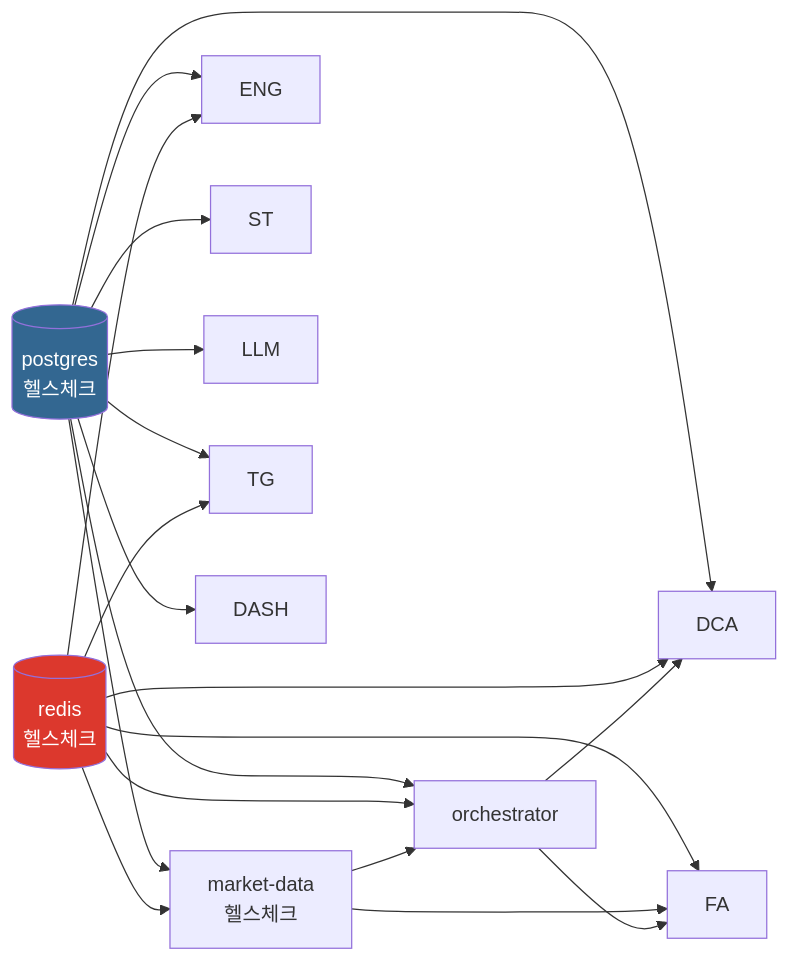
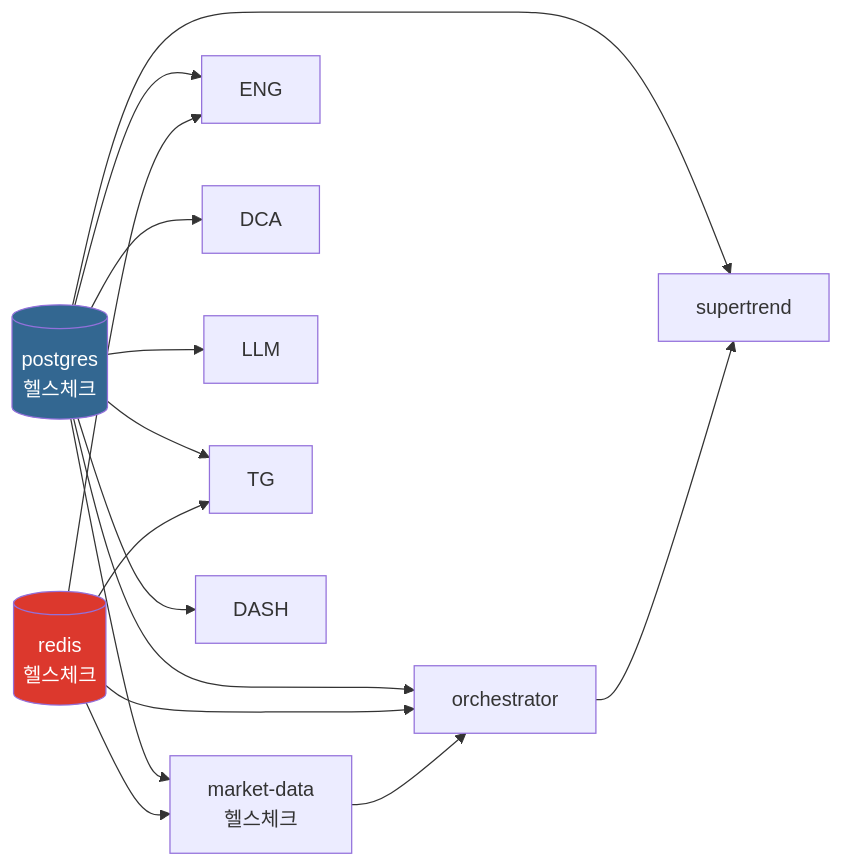
Before and after one commit to Justant-source/Bit-Mania: the second of 3 diagrams in docs/structure/services.md, drawn with Mermaid. The commit also changed other lines of this file and 34 other files, not shown here.

````diff
--- a/docs/structure/services.md
+++ b/docs/structure/services.md
@@ -272,24 +265,20 @@
 ```mermaid
 flowchart LR
     PG[(postgres\n헬스체크)] --> MD
     PG --> ORC
     PG --> ENG
     PG --> ST
     PG --> DCA
     PG --> LLM
     PG --> TG
     PG --> DASH
     RD[(redis\n헬스체크)] --> MD
     RD --> ORC
     RD --> ENG
-    RD --> FA
-    RD --> DCA
     RD --> TG
     MD[market-data\n헬스체크] --> ORC
-    MD --> FA
-    ORC[orchestrator] --> FA
-    ORC --> DCA
+    ORC[orchestrator] --> ST["supertrend"]
 
     style PG fill:#336791,color:#fff
     style RD fill:#dc382d,color:#fff
 ```
````
